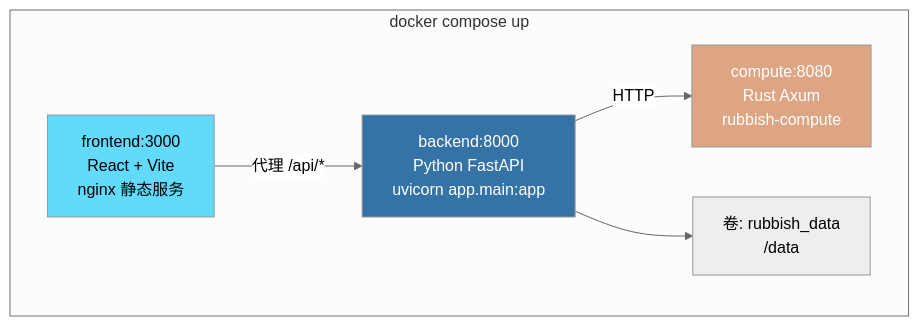
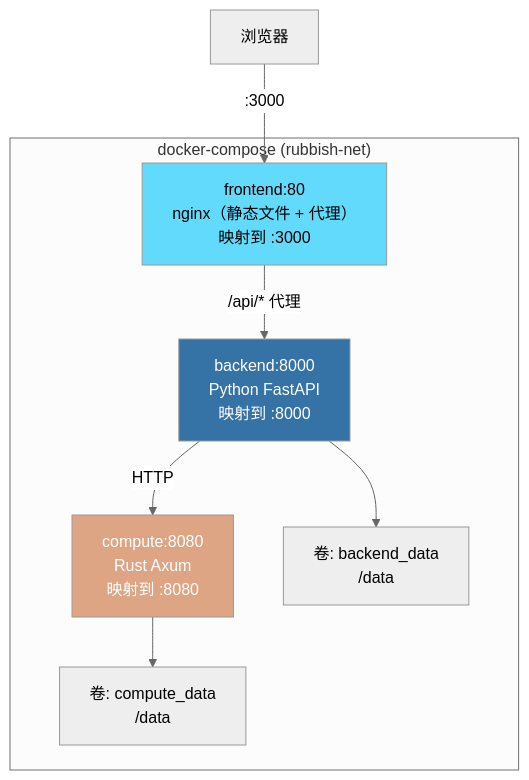
The diagram in docs/zh-CN/DEPLOYMENT.md (YV3507/rubbish), drawn with Mermaid (neutral theme) before and after one commit. The commit also changed other lines of this file and 13 other files, not shown here.

````diff
--- a/docs/zh-CN/DEPLOYMENT.md
+++ b/docs/zh-CN/DEPLOYMENT.md
@@ -5,17 +5,20 @@
 ```mermaid
 graph TB
-    subgraph "docker compose up"
-        B["backend:8000<br/>Python FastAPI<br/>uvicorn app.main:app"]
-        C["compute:8080<br/>Rust Axum<br/>rubbish-compute"]
-        F["frontend:3000<br/>React + Vite<br/>nginx 静态服务"]
-        V["卷: rubbish_data<br/>/data"]
+    subgraph "docker-compose (rubbish-net)"
+        F["frontend:80<br/>nginx（静态文件 + 代理）<br/>映射到 :3000"]
+        B["backend:8000<br/>Python FastAPI<br/>映射到 :8000"]
+        C["compute:8080<br/>Rust Axum<br/>映射到 :8080"]
+        V_B["卷: backend_data<br/>/data"]
+        V_C["卷: compute_data<br/>/data"]
     end
 
+    USER["浏览器"] -->|":3000"| F
+    F -->|"/api/*" 代理| B
     B -->|HTTP| C
-    F -->|代理 /api/*| B
-    B --> V
+    B --> V_B
+    C --> V_C
 
     style B fill:#3572A5,color:#fff
     style C fill:#DEA584,color:#fff
     style F fill:#61DAFB,color:#000
 ```
````
